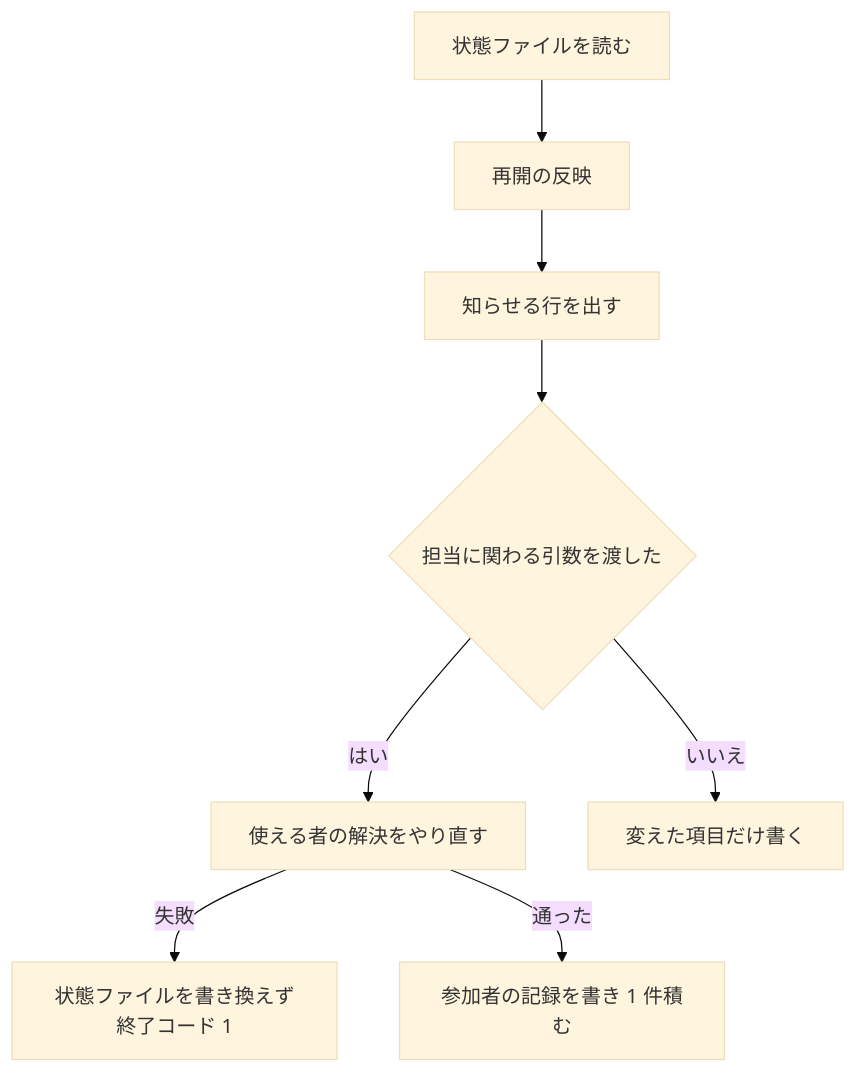
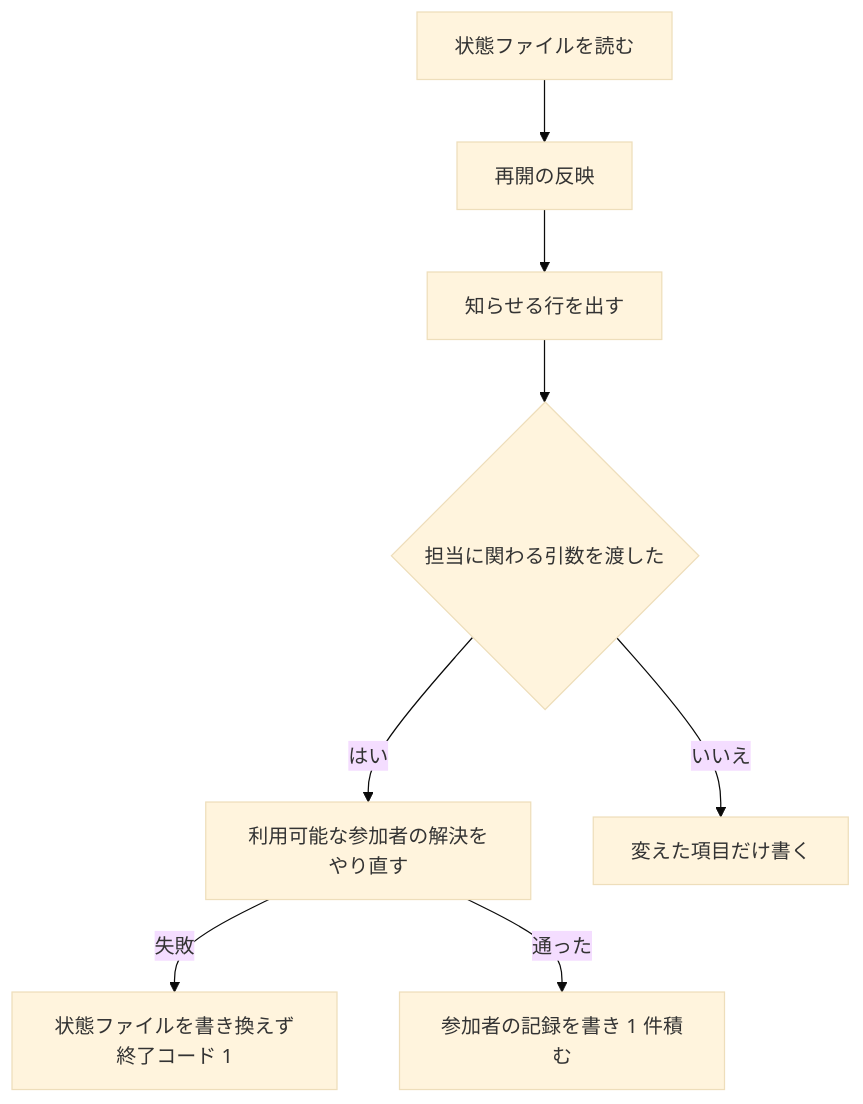
One commit to devbasex/ai-plugins changed the third of 3 diagrams in docs/specifications/cross-review-participants-and-seats.md. Above: the diagram before and after it, drawn with Mermaid (base theme). The commit also changed other lines of this file and 1 other file, not shown here.

````diff
--- a/docs/specifications/cross-review-participants-and-seats.md
+++ b/docs/specifications/cross-review-participants-and-seats.md
@@ -281,10 +281,10 @@
 ```mermaid
 graph TD
     A[状態ファイルを読む] --> AR[再開の反映]
     AR --> N[知らせる行を出す]
     N --> RA{担当に関わる引数を渡した}
-    RA -->|はい| RP[使える者の解決をやり直す]
+    RA -->|はい| RP[利用可能な参加者の解決をやり直す]
     RP -->|失敗| F[状態ファイルを書き換えず終了コード 1]
     RP -->|通った| W[参加者の記録を書き 1 件積む]
     RA -->|いいえ| W2[変えた項目だけ書く]
 ```
````
